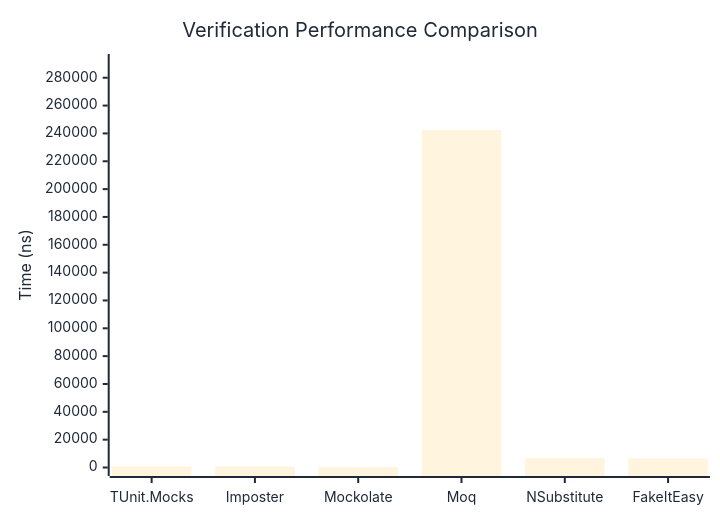
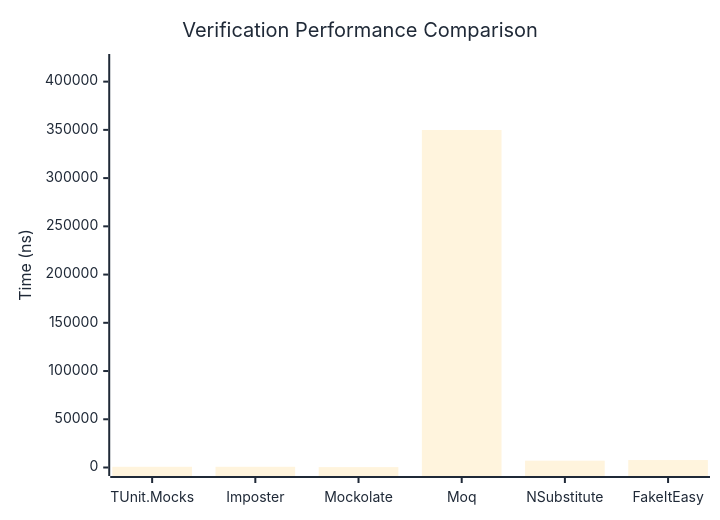
One commit to thomhurst/TUnit changed the first of 3 diagrams in docs/docs/benchmarks/mocks/Verification.md. Above: the diagram before and after it, drawn with Mermaid. The commit also changed other lines of this file and 14 other files, not shown here.

````diff
--- a/docs/docs/benchmarks/mocks/Verification.md
+++ b/docs/docs/benchmarks/mocks/Verification.md
@@ -30,27 +30,27 @@
 ```mermaid
 %%{init: {
   'theme':'base',
   'themeVariables': {
     'primaryColor': '#2563eb',
     'primaryTextColor': '#1f2937',
     'primaryBorderColor': '#1e40af',
     'lineColor': '#6b7280',
     'secondaryColor': '#7c3aed',
     'tertiaryColor': '#dc2626',
     'background': '#ffffff',
     'pie1': '#2563eb',
     'pie2': '#7c3aed',
     'pie3': '#dc2626',
     'pie4': '#f59e0b',
     'pie5': '#10b981',
     'pie6': '#06b6d4',
     'pie7': '#ec4899',
     'pie8': '#6366f1'
   }
 }}%%
 xychart-beta
   title "Verification Performance Comparison"
   x-axis ["TUnit.Mocks", "Imposter", "Mockolate", "Moq", "NSubstitute", "FakeItEasy"]
-  y-axis "Time (ns)" 0 --> 290941
-  bar [776.64, 695.26, 416.12, 242450.2, 6722.29, 6557.22]
+  y-axis "Time (ns)" 0 --> 419840
+  bar [748.85, 728.72, 418.1, 349866.5, 7085.63, 7712.31]
 ```
````
